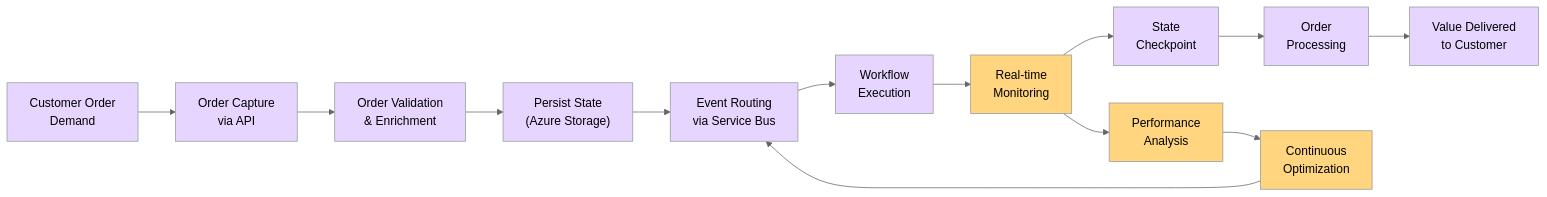
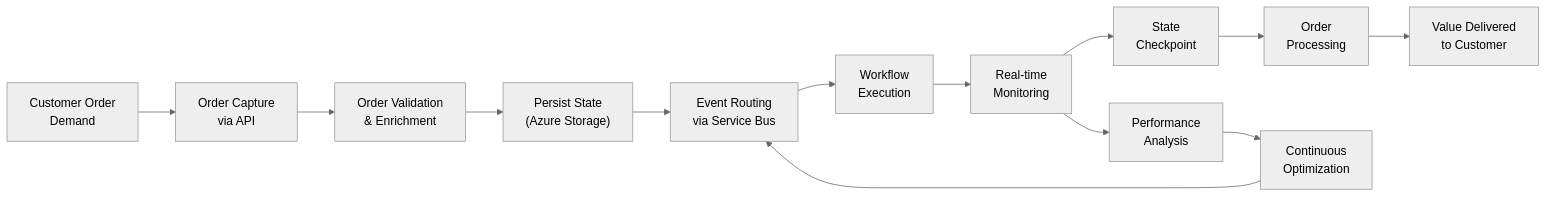
One commit to Evilazaro/Azure-LogicApps-Monitoring changed the second of 12 diagrams in README.md. Above: the diagram before and after it, drawn with Mermaid (neutral theme). The commit also changed other lines of this file, not shown here.

Commit message:
refactor: remove redundant style definitions from flowcharts in README.md

````diff
--- a/README.md
+++ b/README.md
@@ -253,29 +232,16 @@
 ```mermaid
 flowchart LR
     Demand["Customer Order<br/>Demand"] --> Capture["Order Capture<br/>via API"]
     Capture --> Validate["Order Validation<br/>& Enrichment"]
     Validate --> Persist["Persist State<br/>(Azure Storage)"]
     Persist --> Route["Event Routing<br/>via Service Bus"]
     Route --> Execute["Workflow<br/>Execution"]
     Execute --> Monitor["Real-time<br/>Monitoring"]
     Monitor --> Checkpoint["State<br/>Checkpoint"]
     Checkpoint --> Process["Order<br/>Processing"]
     Process --> Deliver["Value Delivered<br/>to Customer"]
     
     Monitor --> Analyze["Performance<br/>Analysis"]
     Analyze --> Optimize["Continuous<br/>Optimization"]
     Optimize --> Route
-    
-    style Demand fill:#E6D5FF
-    style Capture fill:#E6D5FF
-    style Validate fill:#E6D5FF
-    style Persist fill:#E6D5FF
-    style Route fill:#E6D5FF
-    style Execute fill:#E6D5FF
-    style Monitor fill:#FFD580
-    style Checkpoint fill:#E6D5FF
-    style Process fill:#E6D5FF
-    style Deliver fill:#E6D5FF
-    style Analyze fill:#FFD580
-    style Optimize fill:#FFD580
 ```
````
